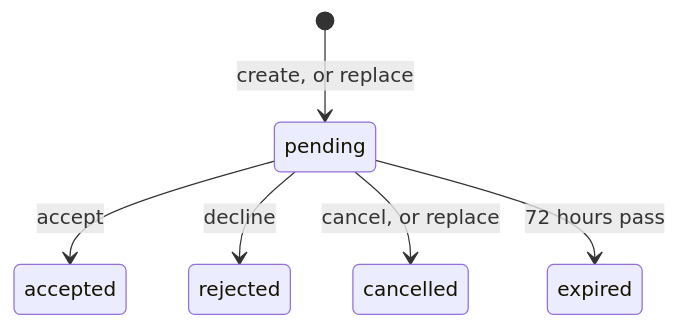
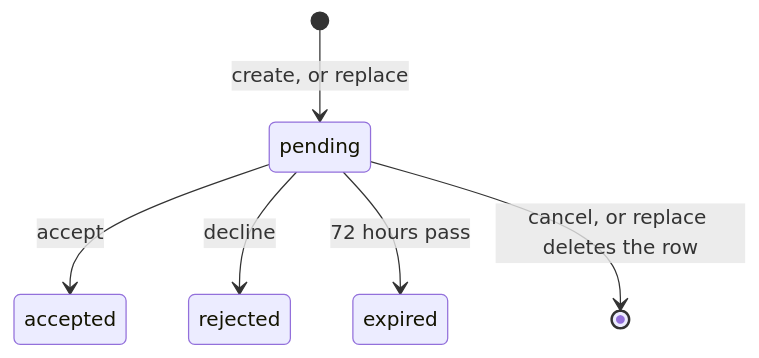
The second of 2 diagrams in docs/adrs/086-invitations.md (zitadel/nextgen), drawn with Mermaid before and after one commit. The commit also changed other lines of this file and 31 other files, not shown here.

````diff
--- a/docs/adrs/086-invitations.md
+++ b/docs/adrs/086-invitations.md
@@ -151,8 +151,8 @@
 ```mermaid
 stateDiagram-v2
   [*] --> pending: create, or replace
   pending --> accepted: accept
   pending --> rejected: decline
-  pending --> cancelled: cancel, or replace
   pending --> expired: 72 hours pass
+  pending --> [*]: cancel, or replace deletes the row
 ```
````
